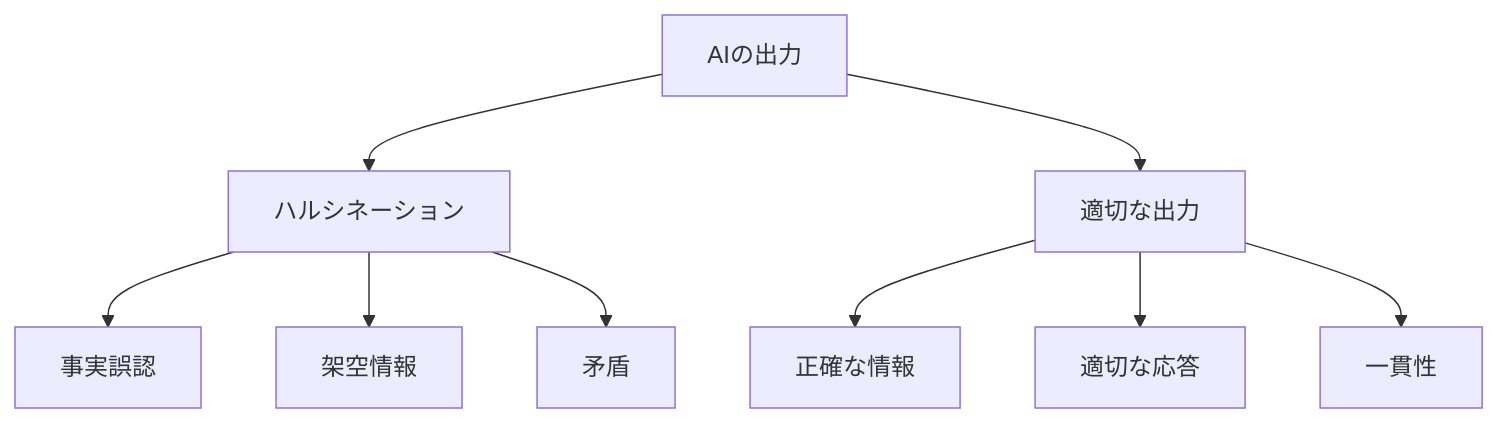
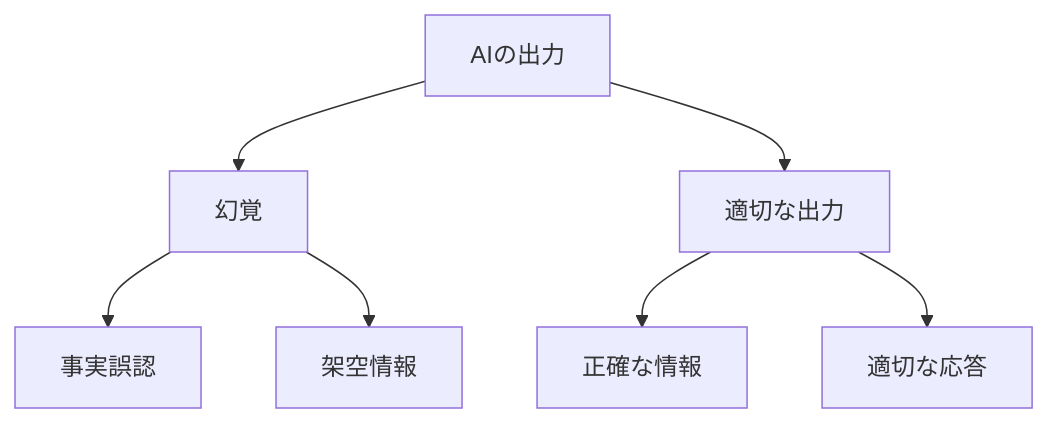
One commit to haruka-aibara/haruka-aibara changed the diagram in docs/AI/100_入門_幻覚とプロンプト.md. Above: the diagram before and after it, drawn with Mermaid. The commit also changed other lines of this file and 34 other files, not shown here.

````diff
--- a/docs/AI/100_入門_幻覚とプロンプト.md
+++ b/docs/AI/100_入門_幻覚とプロンプト.md
@@ -31,13 +31,11 @@
 ```mermaid
 graph TD
-    A[AIの出力] --> B[ハルシネーション]
+    A[AIの出力] --> B[幻覚]
     A --> C[適切な出力]
     
     B --> B1[事実誤認]
     B --> B2[架空情報]
-    B --> B3[矛盾]
     
     C --> C1[正確な情報]
     C --> C2[適切な応答]
-    C --> C3[一貫性]
 ```
````
